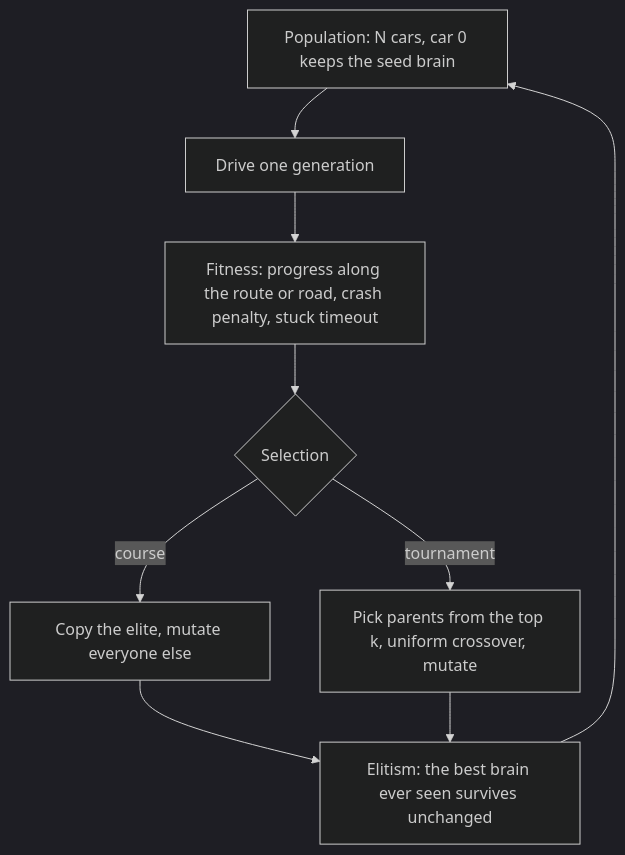
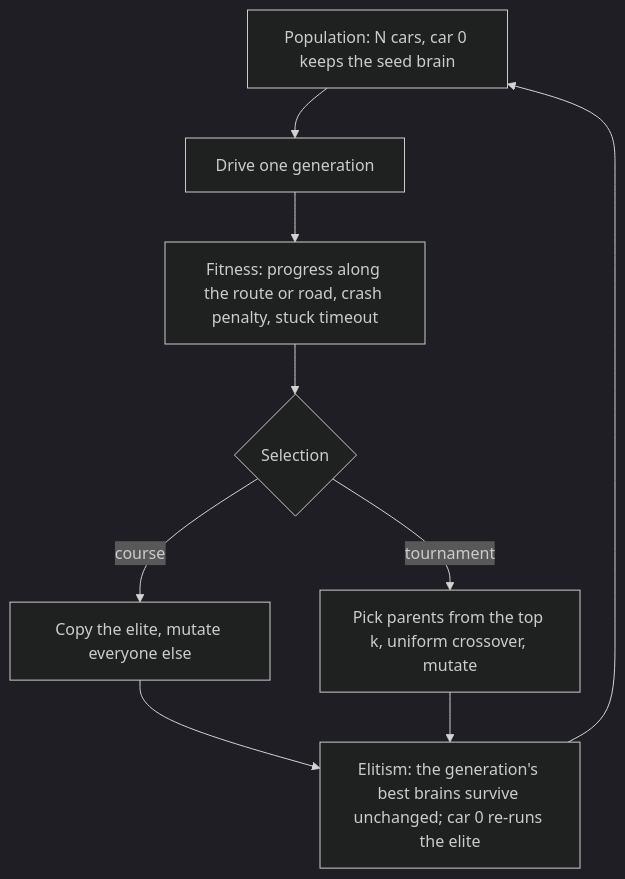
The fourth of 5 diagrams in README.md (noahatc12/neurodrive-city), drawn with Mermaid (dark theme) before and after one commit. The commit also changed other lines of this file and 38 other files, not shown here.

First line of the commit message:
feat(app): city brain drives the Simulate demo car; e2e lane checks; docs

````diff
--- a/README.md
+++ b/README.md
@@ -139,11 +151,11 @@
 ```mermaid
 flowchart TD
   P[Population: N cars, car 0 keeps the seed brain] --> D[Drive one generation]
   D --> Fit[Fitness: progress along the route or road, crash penalty, stuck timeout]
   Fit --> Sel{Selection}
   Sel -->|course| C[Copy the elite, mutate everyone else]
   Sel -->|tournament| T[Pick parents from the top k, uniform crossover, mutate]
-  C --> E[Elitism: the best brain ever seen survives unchanged]
+  C --> E[Elitism: the generation's best brains survive unchanged; car 0 re-runs the elite]
   T --> E
   E --> P
 ```
````
